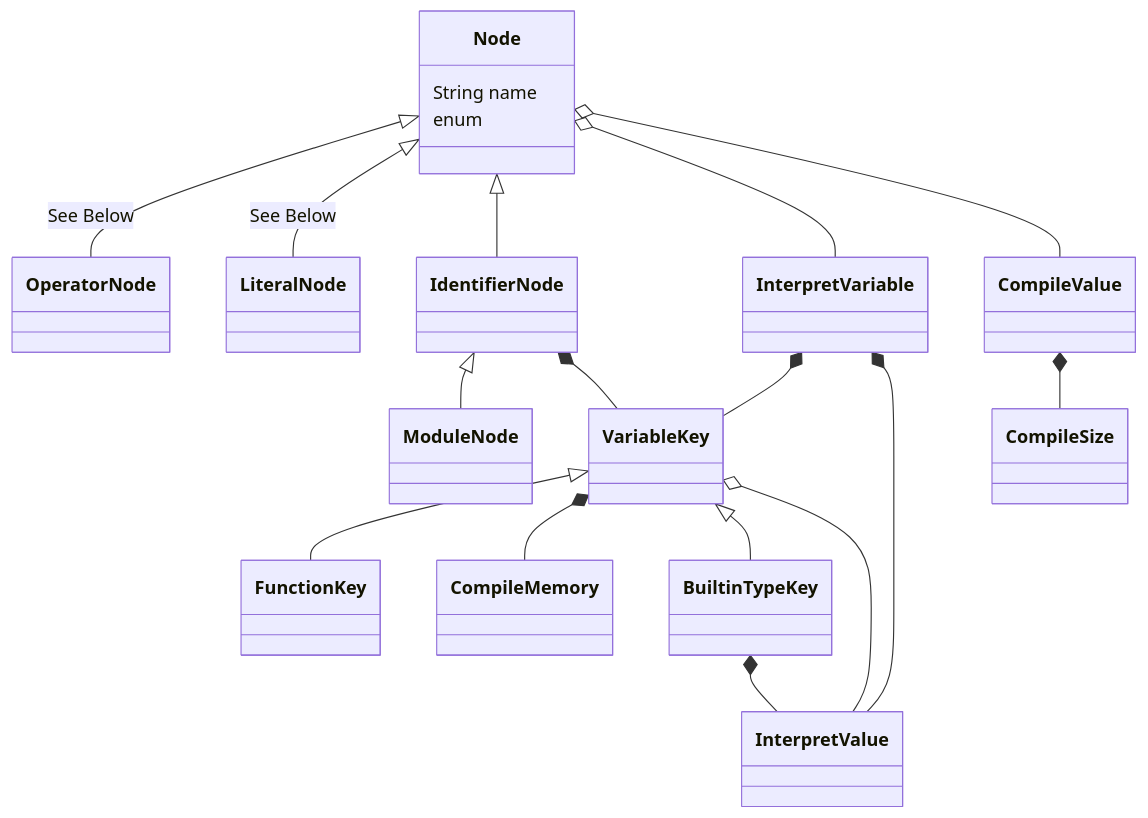
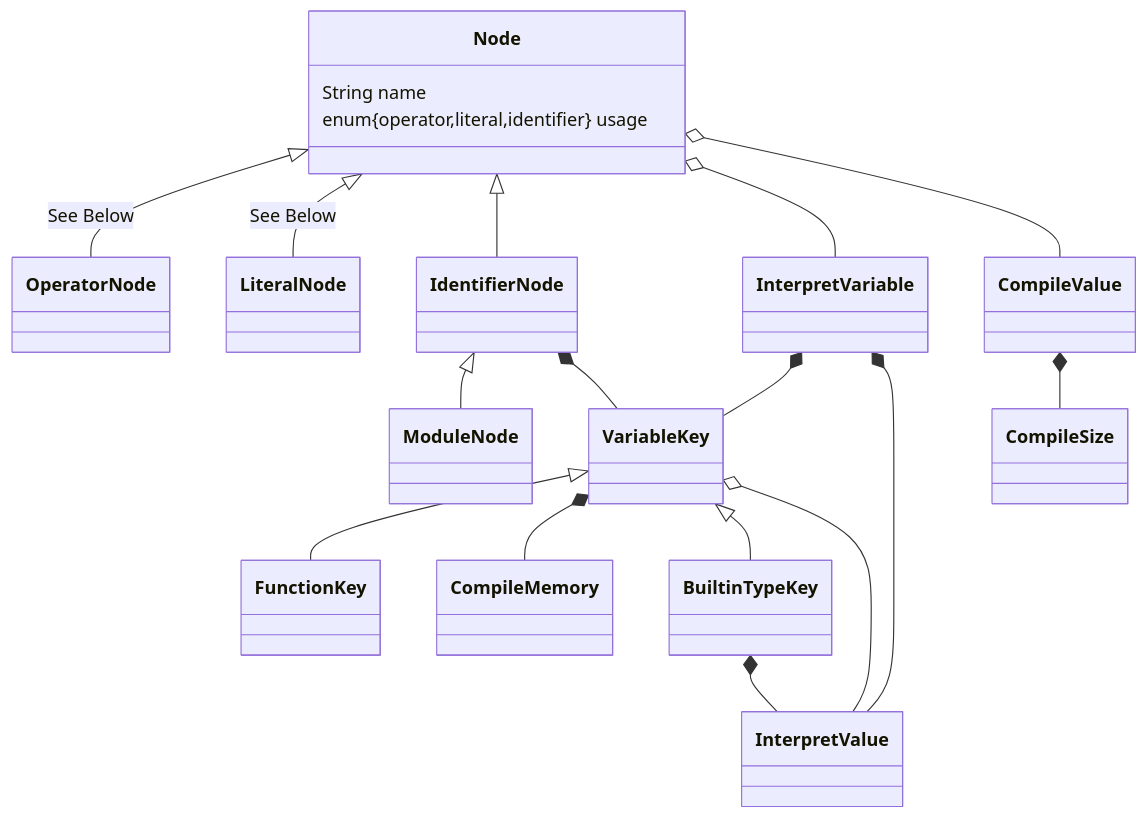
Before and after one commit to Jzhyang1/Monomer: the first of 4 diagrams in README.md, drawn with Mermaid. The commit also changed other lines of this file, not shown here.

````diff
--- a/README.md
+++ b/README.md
@@ -239,21 +239,22 @@
 ```mermaid
 classDiagram
 Node <|-- OperatorNode: See Below
 Node <|-- LiteralNode: See Below
 Node <|-- IdentifierNode
 Node o-- InterpretVariable
 IdentifierNode <|-- ModuleNode
 IdentifierNode *-- VariableKey
 VariableKey <|-- FunctionKey
 VariableKey *-- CompileMemory
 VariableKey <|-- BuiltinTypeKey
 BuiltinTypeKey *-- InterpretValue
 VariableKey o-- InterpretValue
 InterpretVariable *-- VariableKey
 CompileValue *-- CompileSize
 Node o-- CompileValue
 InterpretVariable *-- InterpretValue
 
 Node: String name
-Node: enum 
+Node: enum{operator,literal,identifier} usage
+
 ```
````
